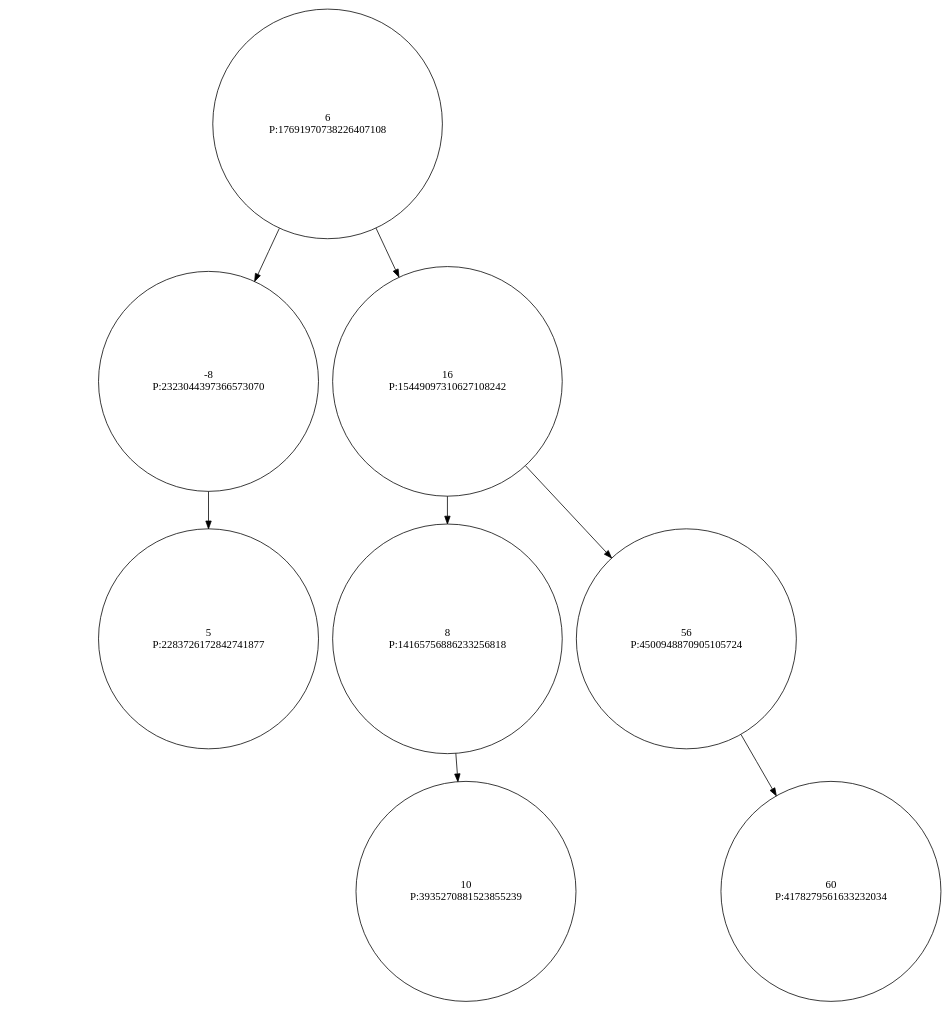
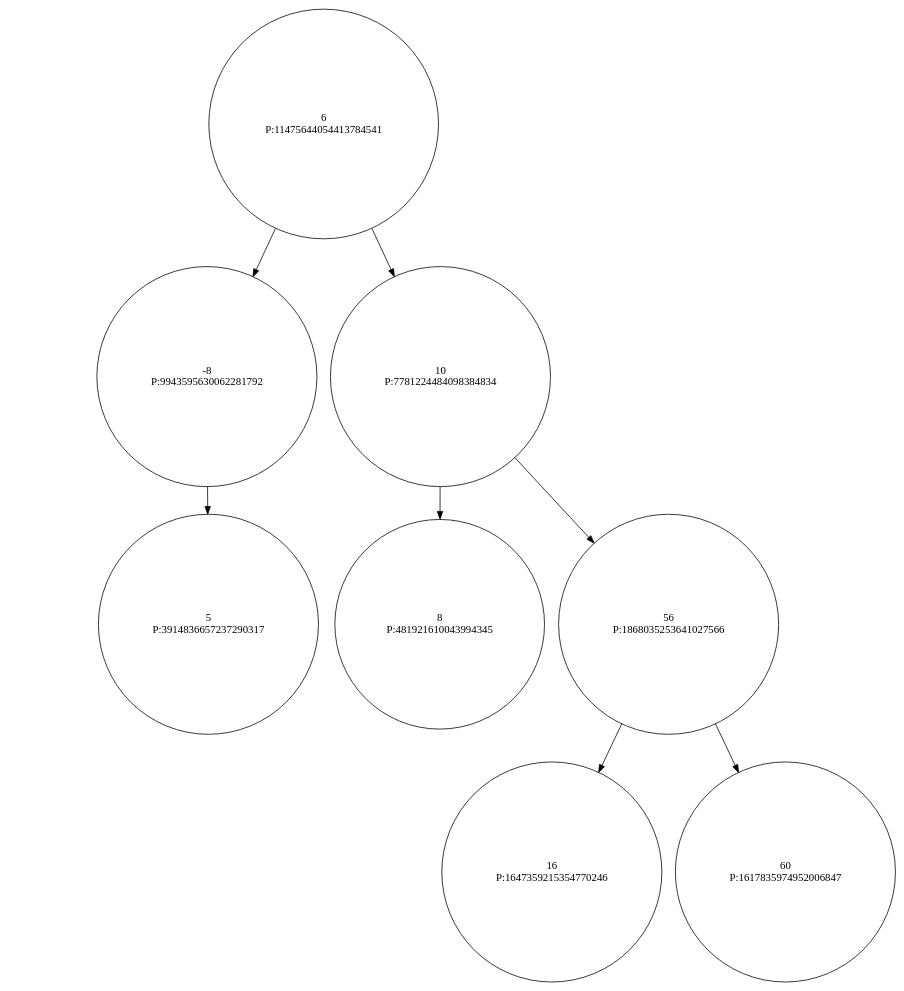
Before and after one commit to Ritaa-Marie/Trabalho-Arvores-AEDES2: the diagram in data/output/dot/treap2.dot, drawn with Graphviz. The commit also changed 31 other files, not shown here.

```diff
--- a/data/output/dot/treap2.dot
+++ b/data/output/dot/treap2.dot
@@ -1,24 +1,20 @@
 digraph Treap {
    node [shape=circle];
-  6 [label="6\nP:17691970738226407108"];
+  6 [label="6\nP:11475644054413784541"];
   "6" -> "-8";
-  -8 [label="-8\nP:2323044397366573070"];
+  -8 [label="-8\nP:9943595630062281792"];
   "null_l_-8" [style=invis];
   "-8" -> "null_l_-8" [style=invis];
   "-8" -> "5";
-  5 [label="5\nP:2283726172842741877"];
-  "6" -> "16";
-  16 [label="16\nP:15449097310627108242"];
-  "16" -> "8";
-  8 [label="8\nP:14165756886233256818"];
-  "null_l_8" [style=invis];
-  "8" -> "null_l_8" [style=invis];
-  "8" -> "10";
-  10 [label="10\nP:3935270881523855239"];
-  "16" -> "56";
-  56 [label="56\nP:4500948870905105724"];
-  "null_l_56" [style=invis];
-  "56" -> "null_l_56" [style=invis];
+  5 [label="5\nP:3914836657237290317"];
+  "6" -> "10";
+  10 [label="10\nP:7781224484098384834"];
+  "10" -> "8";
+  8 [label="8\nP:481921610043994345"];
+  "10" -> "56";
+  56 [label="56\nP:1868035253641027566"];
+  "56" -> "16";
+  16 [label="16\nP:1647359215354770246"];
   "56" -> "60";
-  60 [label="60\nP:4178279561633232034"];
+  60 [label="60\nP:1617835974952006847"];
 }
```
